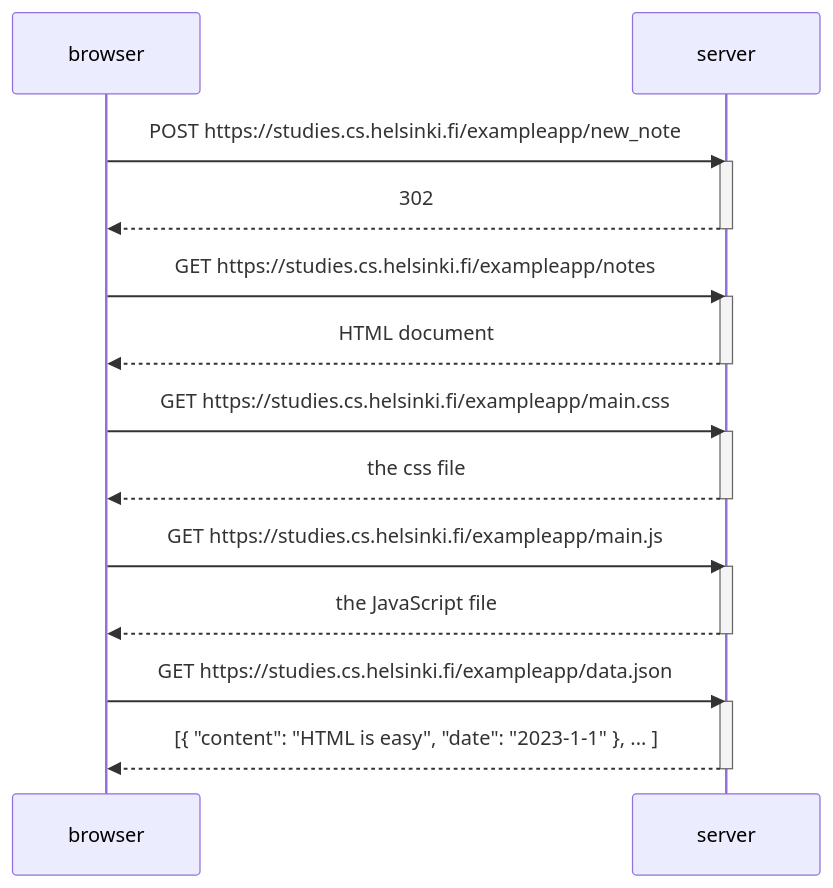
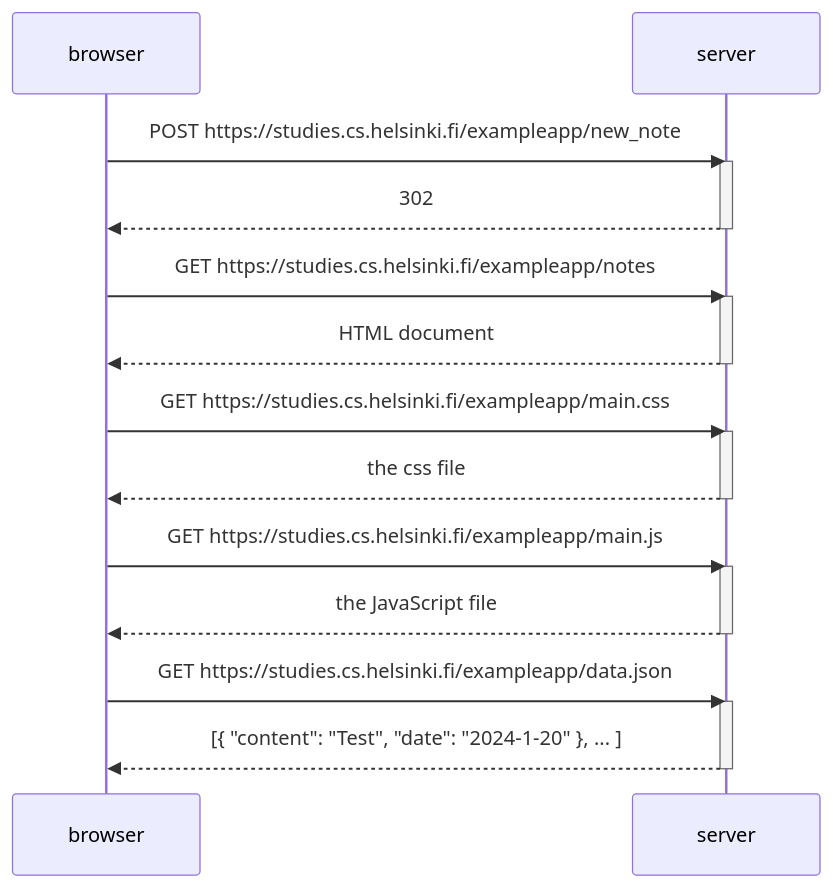
The diagram in osa0/0-4.md (kaarleol/full-stack-tehtavat), drawn with Mermaid before and after one commit.

````diff
--- a/osa0/0-4.md
+++ b/osa0/0-4.md
@@ -1,31 +1,31 @@
 ```mermaid
   sequenceDiagram
     participant browser
     participant server
 
     browser->>server: POST https://studies.cs.helsinki.fi/exampleapp/new_note
     activate server
     server-->>browser: 302
     deactivate server
     
     browser->>server: GET https://studies.cs.helsinki.fi/exampleapp/notes
     activate server
     server-->>browser: HTML document
     deactivate server
     
     browser->>server: GET https://studies.cs.helsinki.fi/exampleapp/main.css
     activate server
     server-->>browser: the css file
     deactivate server
     
     browser->>server: GET https://studies.cs.helsinki.fi/exampleapp/main.js
     activate server
     server-->>browser: the JavaScript file
     deactivate server
     
     browser->>server: GET https://studies.cs.helsinki.fi/exampleapp/data.json
     activate server
-    server-->>browser: [{ "content": "HTML is easy", "date": "2023-1-1" }, ... ]
+    server-->>browser: [{ "content": "Test", "date": "2024-1-20" }, ... ]
     deactivate server    
 
 ```
````
